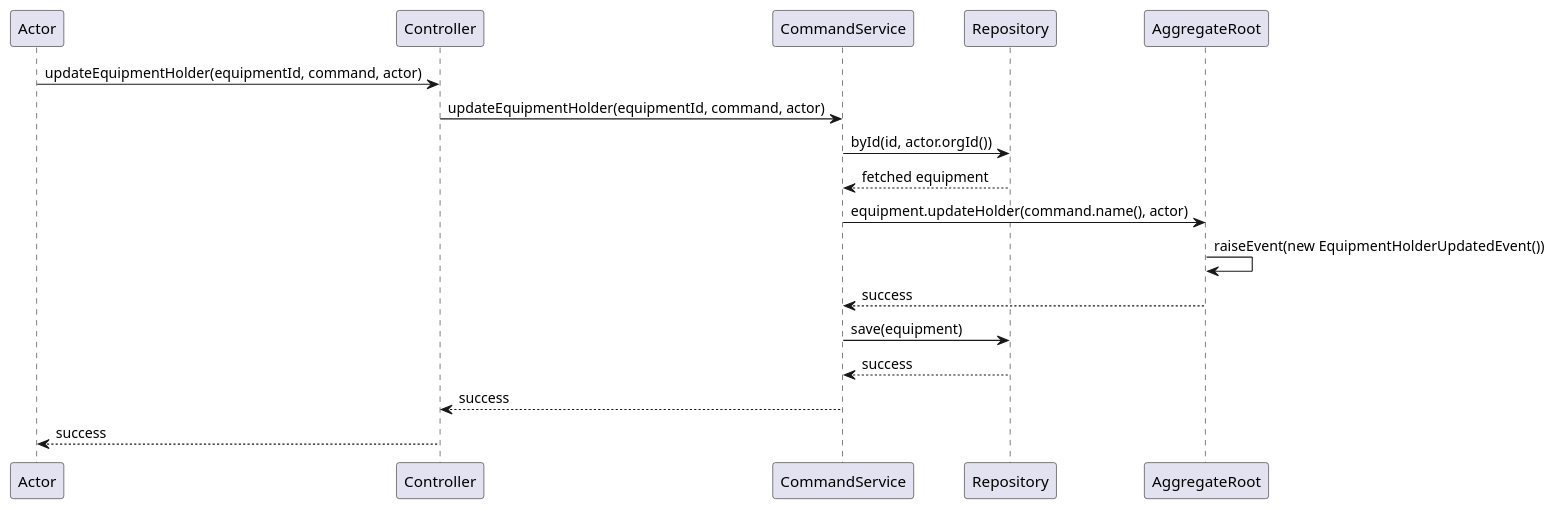
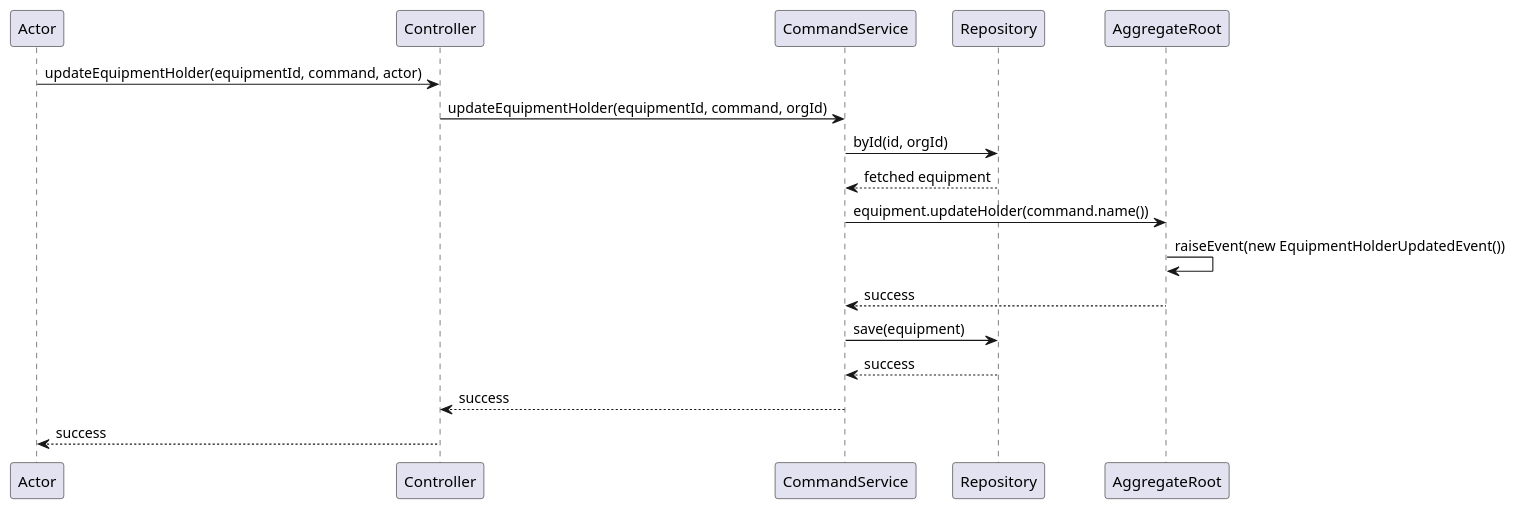
One commit to davenkin/andy-springboot4-template changed the second of 7 diagrams in adr/005_unified_request_process_flow.md. Above: the diagram before and after it, drawn with PlantUML. The commit also changed other lines of this file and 2 other files, not shown here.

````diff
--- a/adr/005_unified_request_process_flow.md
+++ b/adr/005_unified_request_process_flow.md
@@ -123,15 +123,15 @@
 ```plantuml
 @startuml
 Actor -> Controller: updateEquipmentHolder(equipmentId, command, actor)
-Controller -> CommandService: updateEquipmentHolder(equipmentId, command, actor)
-CommandService -> Repository: byId(id, actor.orgId())
+Controller -> CommandService: updateEquipmentHolder(equipmentId, command, orgId)
+CommandService -> Repository: byId(id, orgId)
 Repository --> CommandService: fetched equipment
-CommandService -> AggregateRoot: equipment.updateHolder(command.name(), actor)
+CommandService -> AggregateRoot: equipment.updateHolder(command.name())
 AggregateRoot -> AggregateRoot: raiseEvent(new EquipmentHolderUpdatedEvent())
 AggregateRoot --> CommandService: success
 CommandService -> Repository: save(equipment)
 Repository --> CommandService: success
 CommandService --> Controller: success
 Controller --> Actor: success
 @enduml
 ```
````
